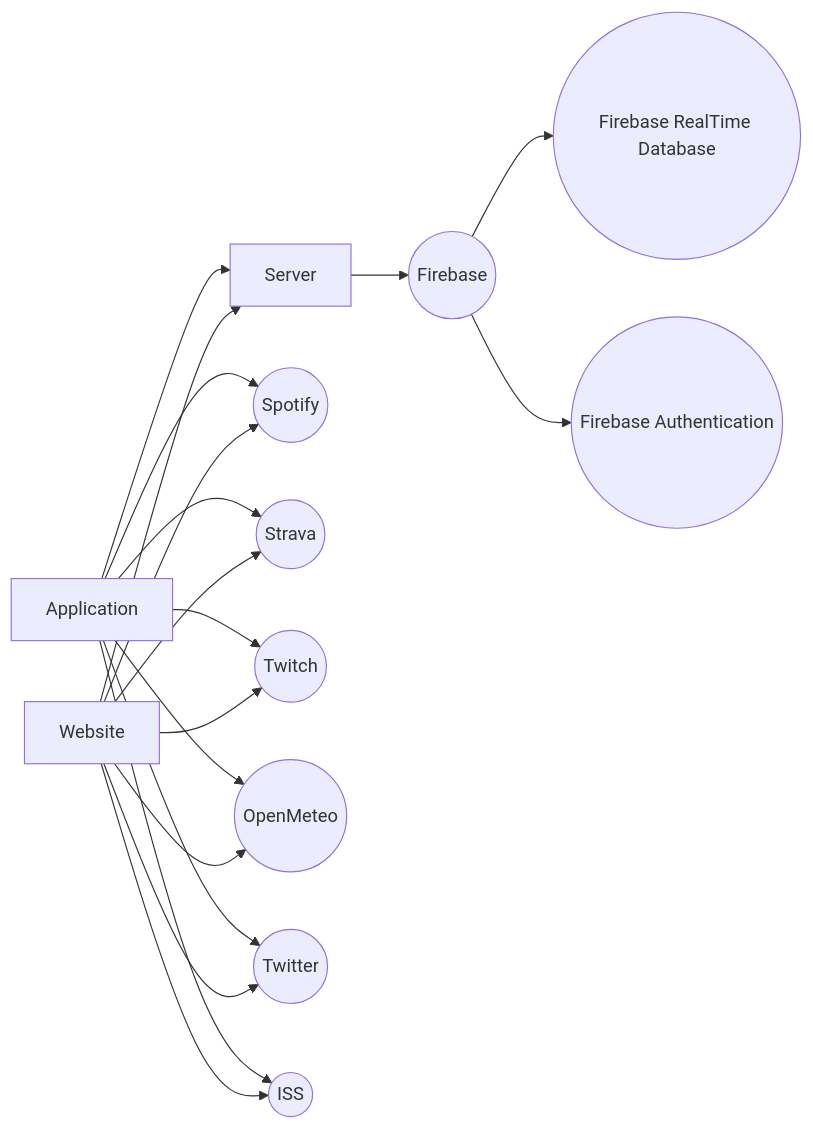
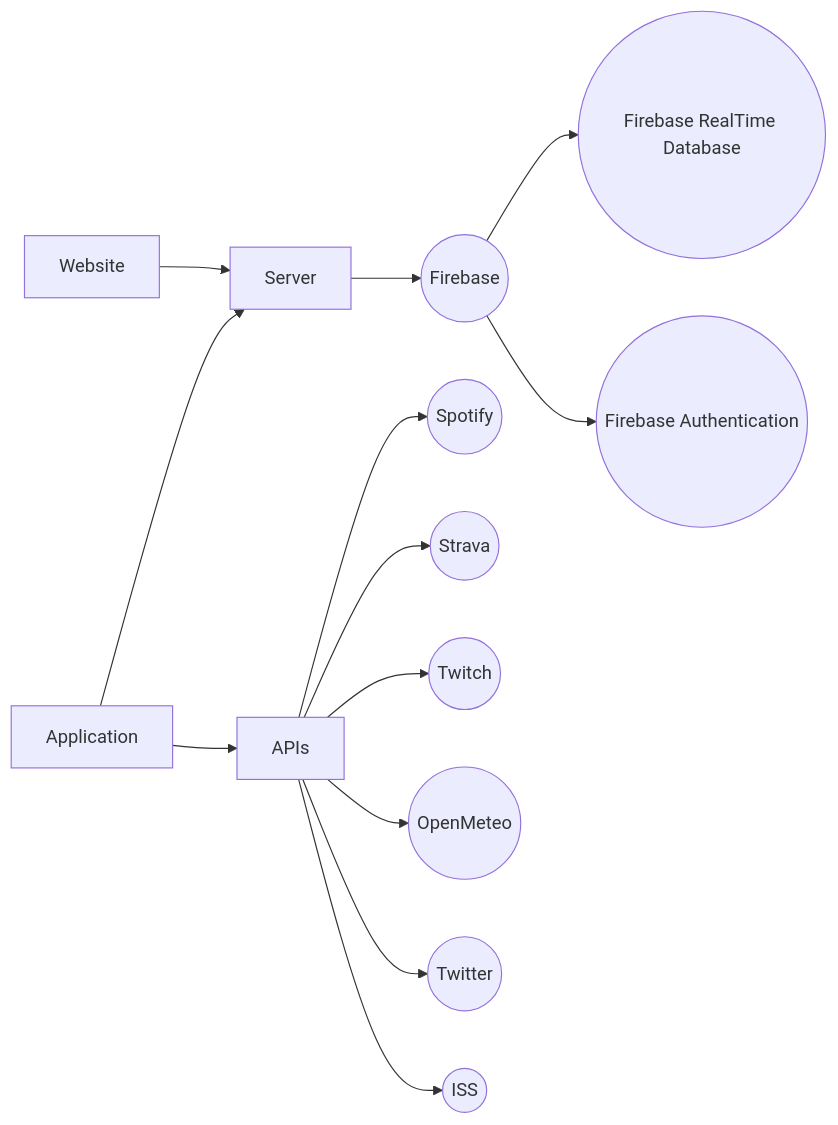
Before and after one commit to Epitech-Nantes-Tek3/AREA: the diagram in README.md, drawn with Mermaid.

Commit message:
Change graph

````diff
--- a/README.md
+++ b/README.md
@@ -50,20 +50,15 @@
 ```mermaid
 graph LR
 A[Application] --> C[Server]
 B[Website] --> C[Server]
 C --> D((Firebase))
 D --> E((Firebase RealTime Database))
 D --> F((Firebase Authentication))
-A --> G((Spotify))
-A --> H((Strava))
-A --> I((Twitch))
-A --> J((OpenMeteo))
-A --> K((Twitter))
-A --> L((ISS))
-B --> G
-B --> H
-B --> I
-B --> J
-B --> K
-B --> L
+A --> M[APIs]
+M --> G((Spotify))
+M --> H((Strava))
+M --> I((Twitch))
+M --> J((OpenMeteo))
+M --> K((Twitter))
+M --> L((ISS))
 ```
````
